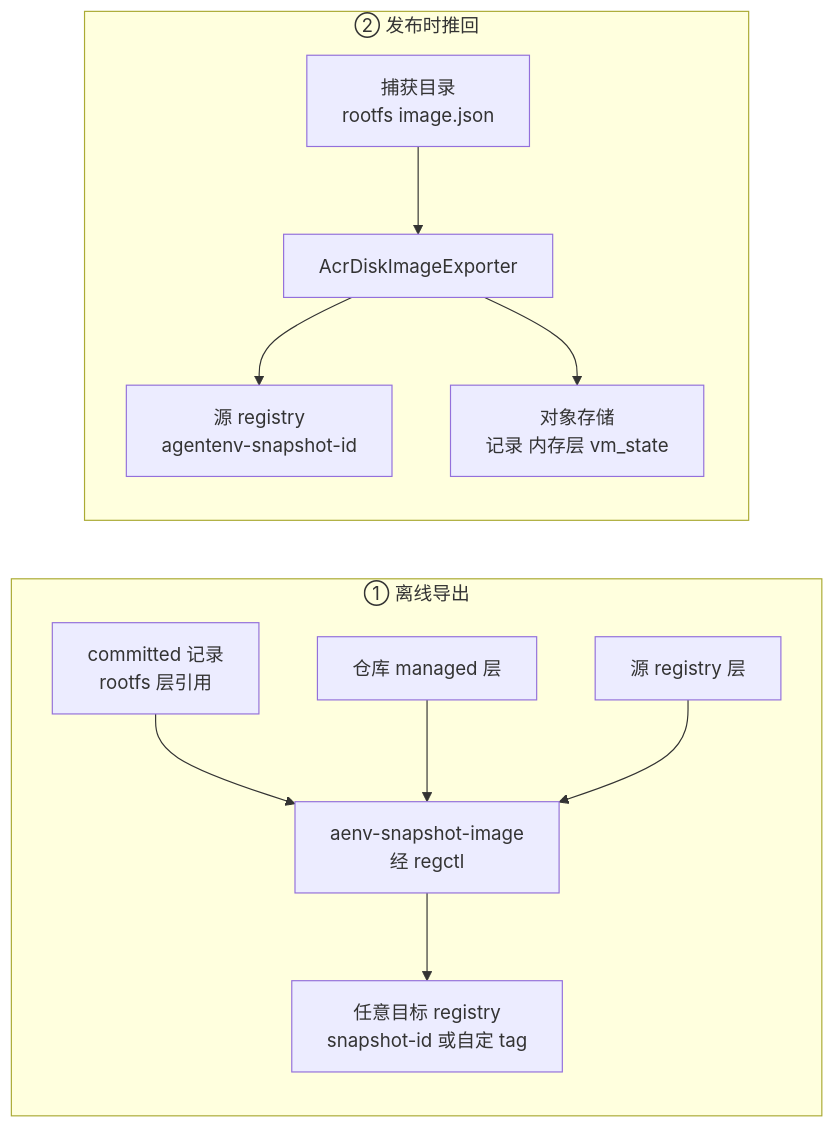
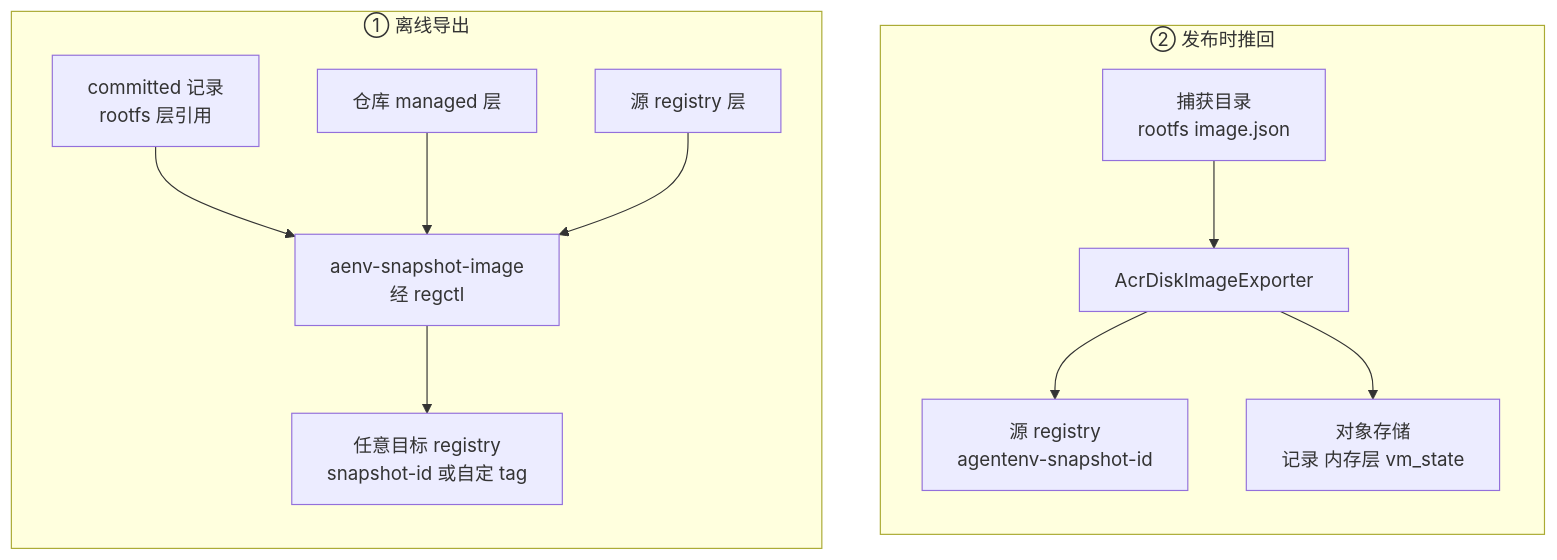
Before and after one commit to AustinJiangg/ai-books: the second of 2 diagrams in agentenv/50-rootfs-as-oci-image.md, drawn with Mermaid. The commit also changed other lines of this file and 8 other files, not shown here.

````diff
--- a/agentenv/50-rootfs-as-oci-image.md
+++ b/agentenv/50-rootfs-as-oci-image.md
@@ -204,16 +208,16 @@
 ```mermaid
-flowchart LR
+flowchart TB
+    subgraph PB["② 发布时推回"]
+        direction TB
+        P1["捕获目录<br/>rootfs image.json"] --> P2["AcrDiskImageExporter"]
+        P2 --> P3["源 registry<br/>agentenv-snapshot-id"]
+        P2 --> P4["对象存储<br/>记录 内存层 vm_state"]
+    end
     subgraph EX["① 离线导出"]
         direction TB
         E1["committed 记录<br/>rootfs 层引用"] --> E2["aenv-snapshot-image<br/>经 regctl"]
         E3["仓库 managed 层"] --> E2
         E4["源 registry 层"] --> E2
         E2 --> E5["任意目标 registry<br/>snapshot-id 或自定 tag"]
     end
-    subgraph PB["② 发布时推回"]
-        direction TB
-        P1["捕获目录<br/>rootfs image.json"] --> P2["AcrDiskImageExporter"]
-        P2 --> P3["源 registry<br/>agentenv-snapshot-id"]
-        P2 --> P4["对象存储<br/>记录 内存层 vm_state"]
-    end
 ```
````
